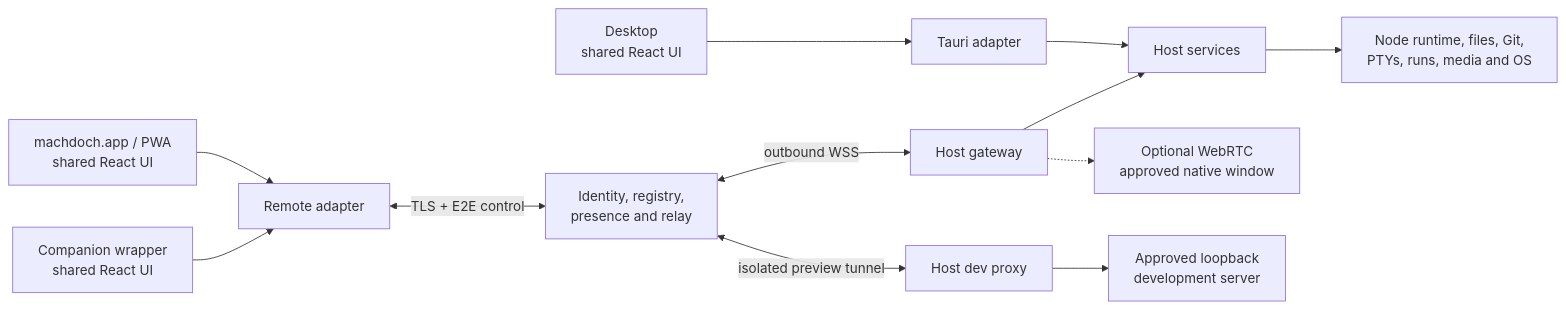
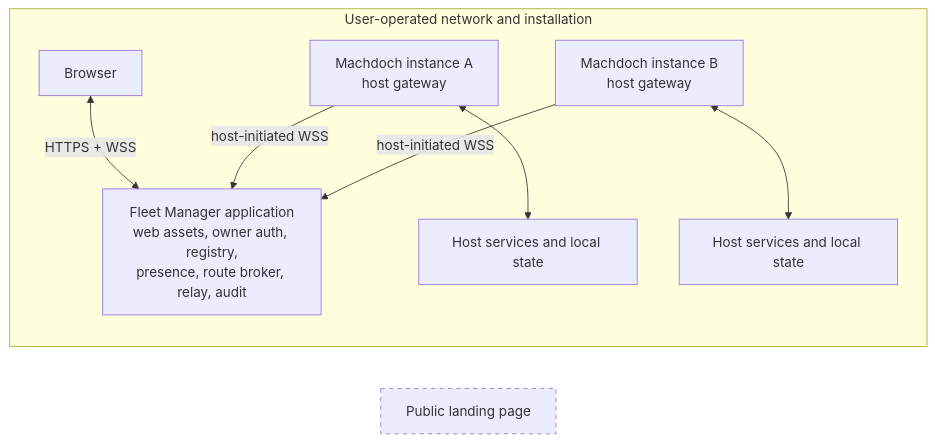
One commit to pureportal/machdoch changed the diagram in docs/remote-access-product-architecture-spec.md. Above: the diagram before and after it, drawn with Mermaid. The commit also changed other lines of this file and 6 other files, not shown here.

````diff
--- a/docs/remote-access-product-architecture-spec.md
+++ b/docs/remote-access-product-architecture-spec.md
@@ -38,15 +56,21 @@
 ```mermaid
 flowchart LR
-  D["Desktop<br/>shared React UI"] --> L["Tauri adapter"]
-  W["machdoch.app / PWA<br/>shared React UI"] --> R["Remote adapter"]
-  C["Companion wrapper<br/>shared React UI"] --> R
+  subgraph Operator["User-operated network and installation"]
+    B["Browser"]
+    F["Fleet Manager application<br/>web assets, owner auth, registry,<br/>presence, route broker, relay, audit"]
+    H1["Machdoch instance A<br/>host gateway"]
+    H2["Machdoch instance B<br/>host gateway"]
+    S1["Host services and local state"]
+    S2["Host services and local state"]
 
-  L --> S["Host services"]
-  R <-->|"TLS + E2E control"| X["Identity, registry,<br/>presence and relay"]
-  X <-->|"outbound WSS"| G["Host gateway"]
-  G --> S
-  S --> O["Node runtime, files, Git,<br/>PTYs, runs, media and OS"]
-  X <-->|"isolated preview tunnel"| P["Host dev proxy"]
-  P --> V["Approved loopback<br/>development server"]
-  G -.-> N["Optional WebRTC<br/>approved native window"]
+    B <-->|"HTTPS + WSS"| F
+    H1 -->|"host-initiated WSS"| F
+    H2 -->|"host-initiated WSS"| F
+    H1 <--> S1
+    H2 <--> S2
+  end
+
+  L["Public landing page"]:::separate
+
+  classDef separate stroke-dasharray: 5 5
 ```
````
